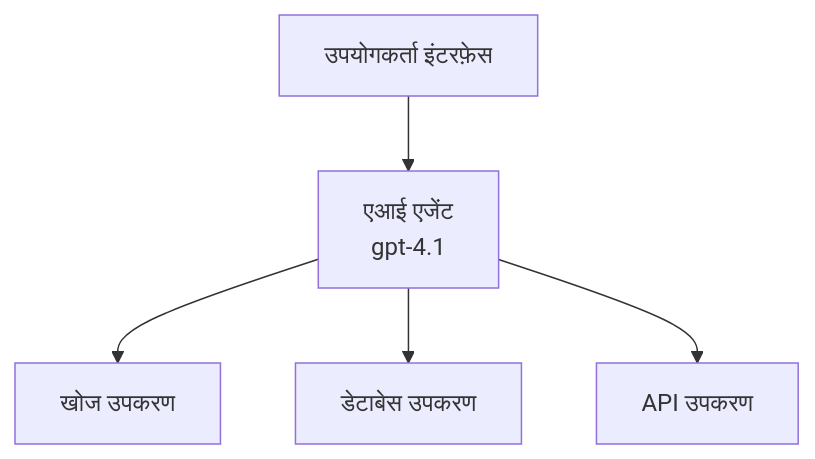
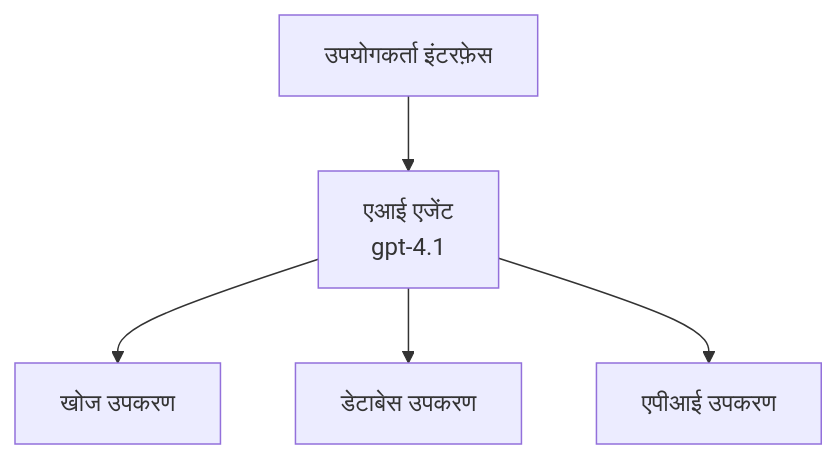
Before and after one commit to microsoft/AZD-for-beginners: the first of 3 diagrams in translations/hi/docs/chapter-02-ai-development/agents.md, drawn with Mermaid. The commit also changed other lines of this file and 60 other files, not shown here.

````diff
--- a/translations/hi/docs/chapter-02-ai-development/agents.md
+++ b/translations/hi/docs/chapter-02-ai-development/agents.md
@@ -162,7 +162,7 @@
 ```mermaid
 graph TD
     UI[उपयोगकर्ता इंटरफ़ेस] --> Agent[एआई एजेंट<br/>gpt-4.1]
     Agent --> Search[खोज उपकरण]
     Agent --> Database[डेटाबेस उपकरण]
-    Agent --> API[API उपकरण]
+    Agent --> API[एपीआई उपकरण]
 ```
````
